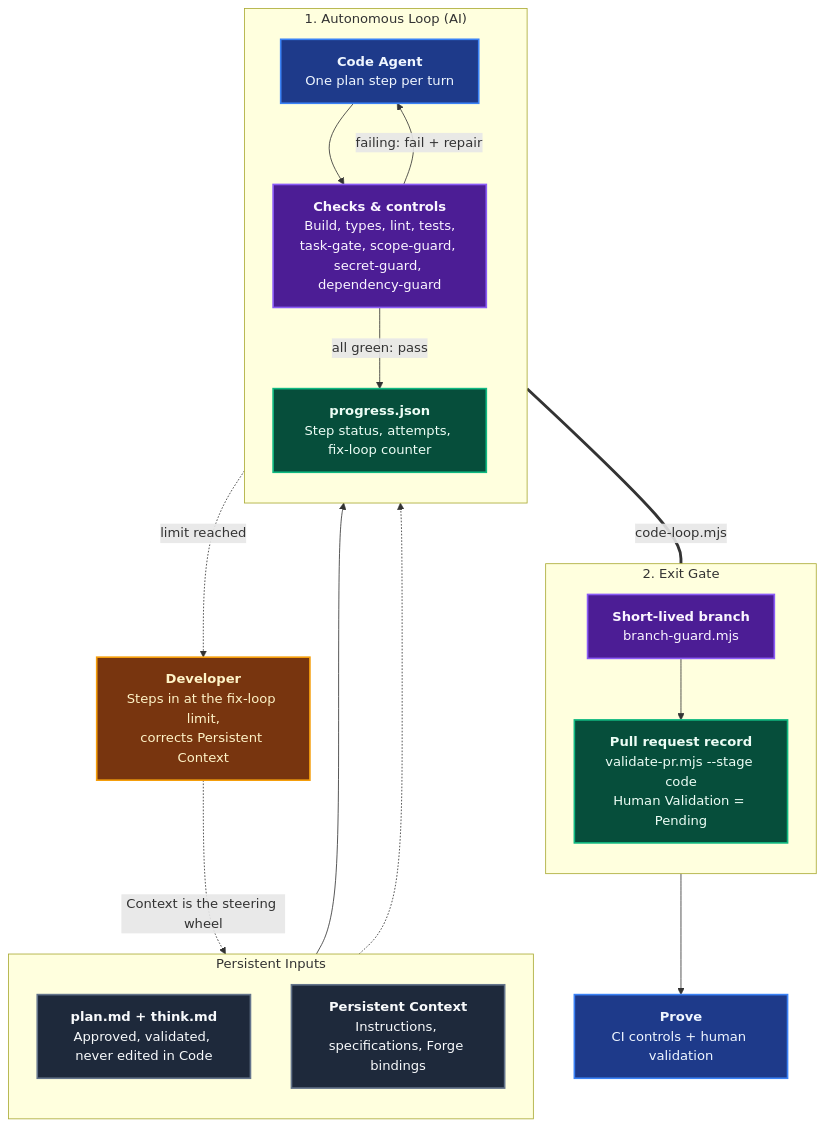
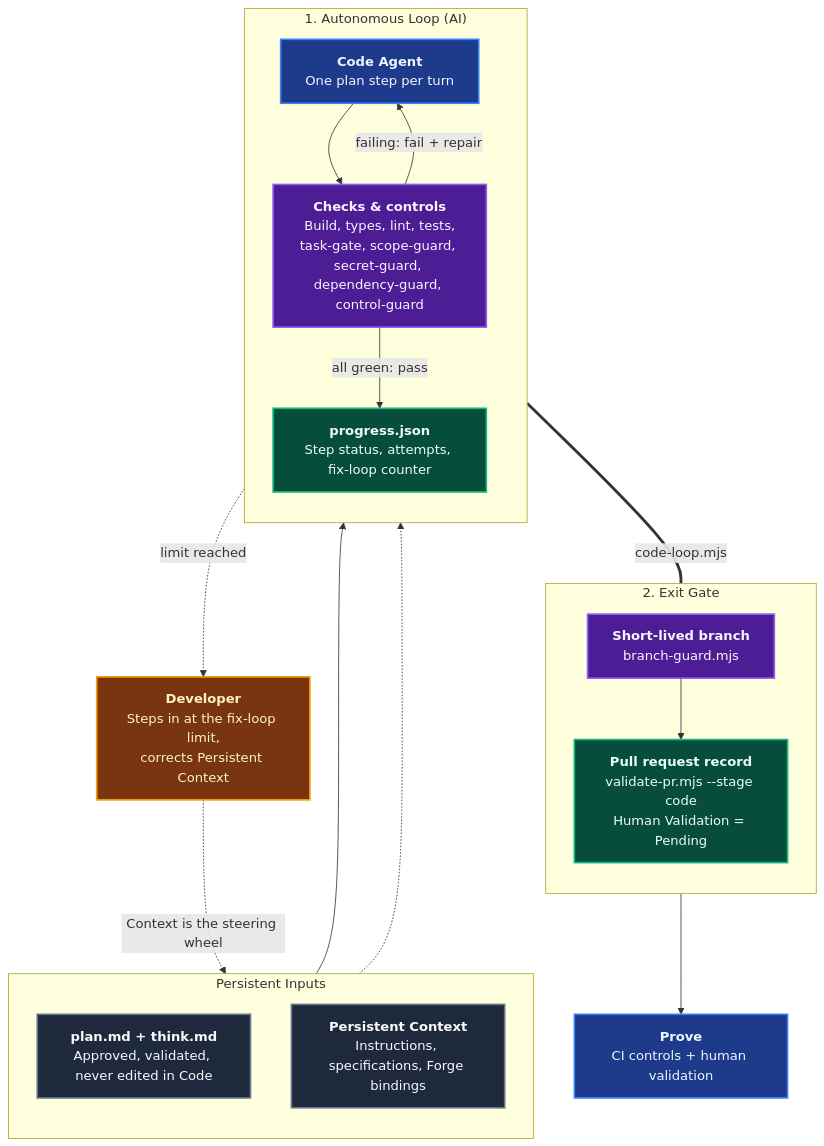
Before and after one commit to ALTEN-group/coding-pal: the first of 2 diagrams in website/docs/guide/domain-code.md, drawn with Mermaid. The commit also changed other lines of this file and 60 other files, not shown here.

````diff
--- a/website/docs/guide/domain-code.md
+++ b/website/docs/guide/domain-code.md
@@ -11,50 +11,50 @@
 ```mermaid
 ---
 caption: Validated Plan to Pull Request (Plan -> Code -> Prove)
 ---
 flowchart TD
     subgraph Inputs ["Persistent Inputs"]
         direction TB
         PLAN["<b>plan.md + think.md</b><br/>Approved, validated, never edited in Code"]
         CTX["<b>Persistent Context</b><br/>Instructions, specifications, Forge bindings"]
     end
 
     subgraph Loop ["1. Autonomous Loop (AI)"]
         direction TB
         AG["<b>Code Agent</b><br/>One plan step per turn"]
-        CTRL["<b>Checks & controls</b><br/>Build, types, lint, tests,<br/>task-gate, scope-guard, secret-guard, dependency-guard"]
+        CTRL["<b>Checks & controls</b><br/>Build, types, lint, tests,<br/>task-gate, scope-guard, secret-guard, dependency-guard, control-guard"]
         PRG["<b>progress.json</b><br/>Step status, attempts, fix-loop counter"]
         AG --> CTRL
         CTRL -->|"all green: pass"| PRG
         CTRL -->|"failing: fail + repair"| AG
     end
 
     subgraph Gate ["2. Exit Gate"]
         direction TB
         BR["<b>Short-lived branch</b><br/>branch-guard.mjs"]
         PR["<b>Pull request record</b><br/>validate-pr.mjs --stage code<br/>Human Validation = Pending"]
         BR --> PR
     end
 
     DEV["<b>Developer</b><br/>Steps in at the fix-loop limit,<br/>corrects Persistent Context"]
     PROVE["<b>Prove</b><br/>CI controls + human validation"]
 
     PLAN --> AG
     CTX -.-> AG
     PRG ===|"code-loop.mjs"| BR
     PR --> PROVE
     AG -.->|"limit reached"| DEV
     DEV -.->|"Context is the steering wheel"| CTX
 
     classDef stage fill:#1e3a8a,stroke:#3b82f6,stroke-width:2px,color:#eff6ff;
     classDef artifact fill:#064e3b,stroke:#10b981,stroke-width:2px,color:#ecfdf5;
     classDef input fill:#1e293b,stroke:#64748b,stroke-width:2px,color:#f8fafc;
     classDef human fill:#78350f,stroke:#f59e0b,stroke-width:2px,color:#fef3c7;
     classDef control fill:#4c1d95,stroke:#8b5cf6,stroke-width:2px,color:#faf5ff;
 
     class PLAN,CTX input;
     class AG,PROVE stage;
     class PRG,PR artifact;
     class CTRL,BR control;
     class DEV human;
 ```
````
